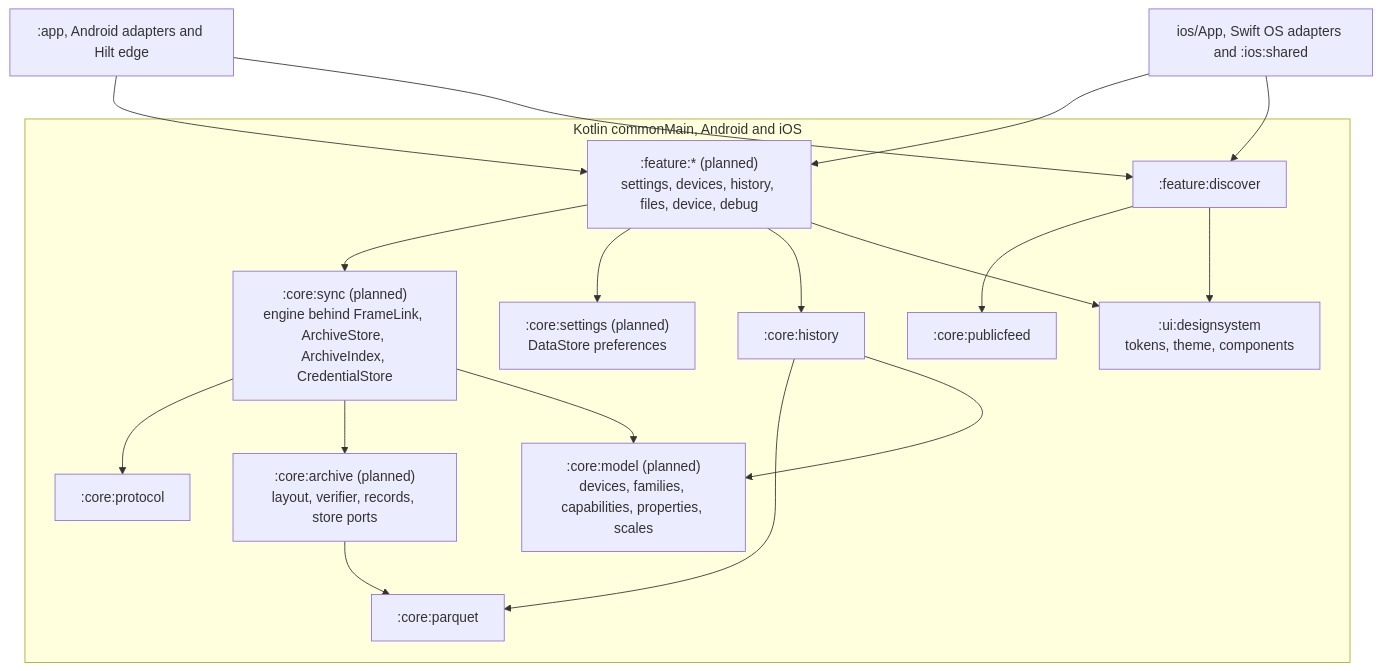
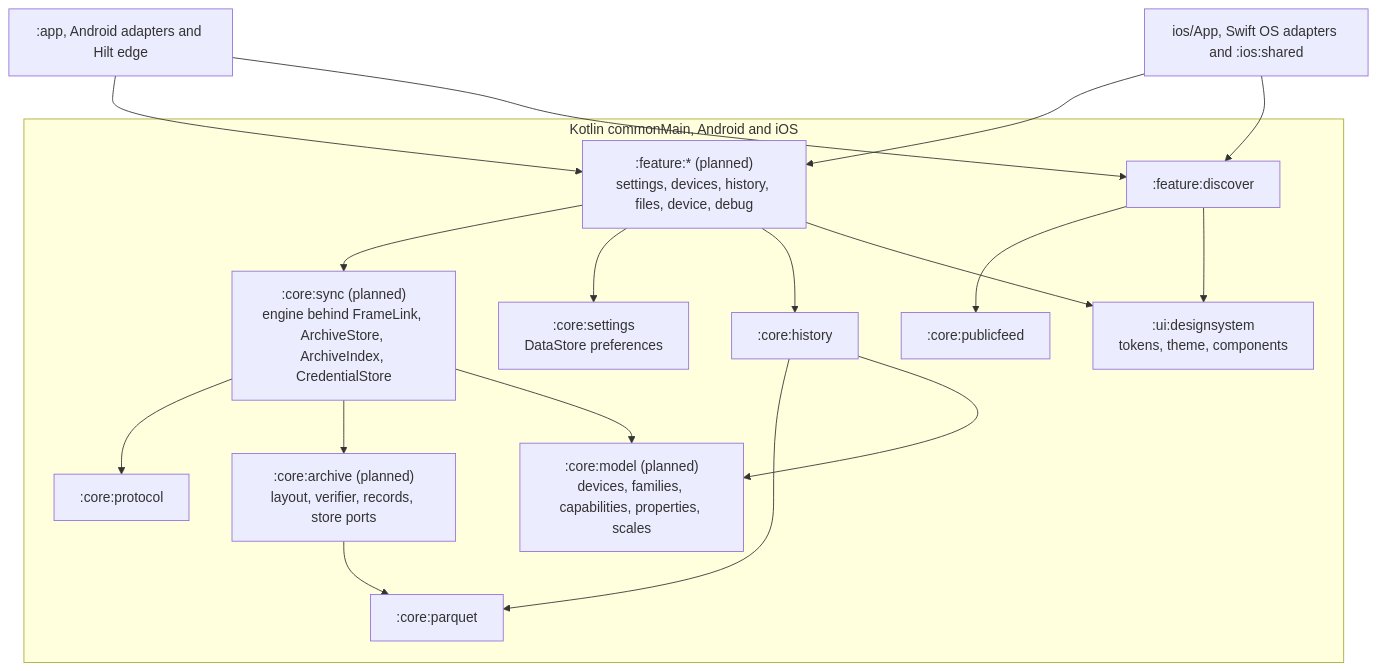
The second of 3 diagrams in docs/architecture.md (walkthru-earth/opensensor-space-mobile), drawn with Mermaid before and after one commit. The commit also changed other lines of this file and 17 other files, not shown here.

````diff
--- a/docs/architecture.md
+++ b/docs/architecture.md
@@ -58,25 +62,25 @@
 ```mermaid
 flowchart TB
   subgraph shared["Kotlin commonMain, Android and iOS"]
     MO[":core:model (planned)<br/>devices, families, capabilities, properties, scales"]
     PR2[":core:protocol"]
     SY[":core:sync (planned)<br/>engine behind FrameLink, ArchiveStore, ArchiveIndex, CredentialStore"]
     AR[":core:archive (planned)<br/>layout, verifier, records, store ports"]
-    ST[":core:settings (planned)<br/>DataStore preferences"]
+    ST[":core:settings<br/>DataStore preferences"]
     PQ2[":core:parquet"]
     HI2[":core:history"]
     PF[":core:publicfeed"]
     DS[":ui:designsystem<br/>tokens, theme, components"]
     FE[":feature:* (planned)<br/>settings, devices, history, files, device, debug"]
     DI[":feature:discover"]
   end
   APP2[":app, Android adapters and Hilt edge"]
   IOS2["ios/App, Swift OS adapters and :ios:shared"]
   SY --> PR2 & AR & MO
   AR --> PQ2
   HI2 --> PQ2 & MO
   FE --> SY & ST & HI2 & DS
   DI --> PF & DS
   APP2 --> FE & DI
   IOS2 --> FE & DI
 ```
````
